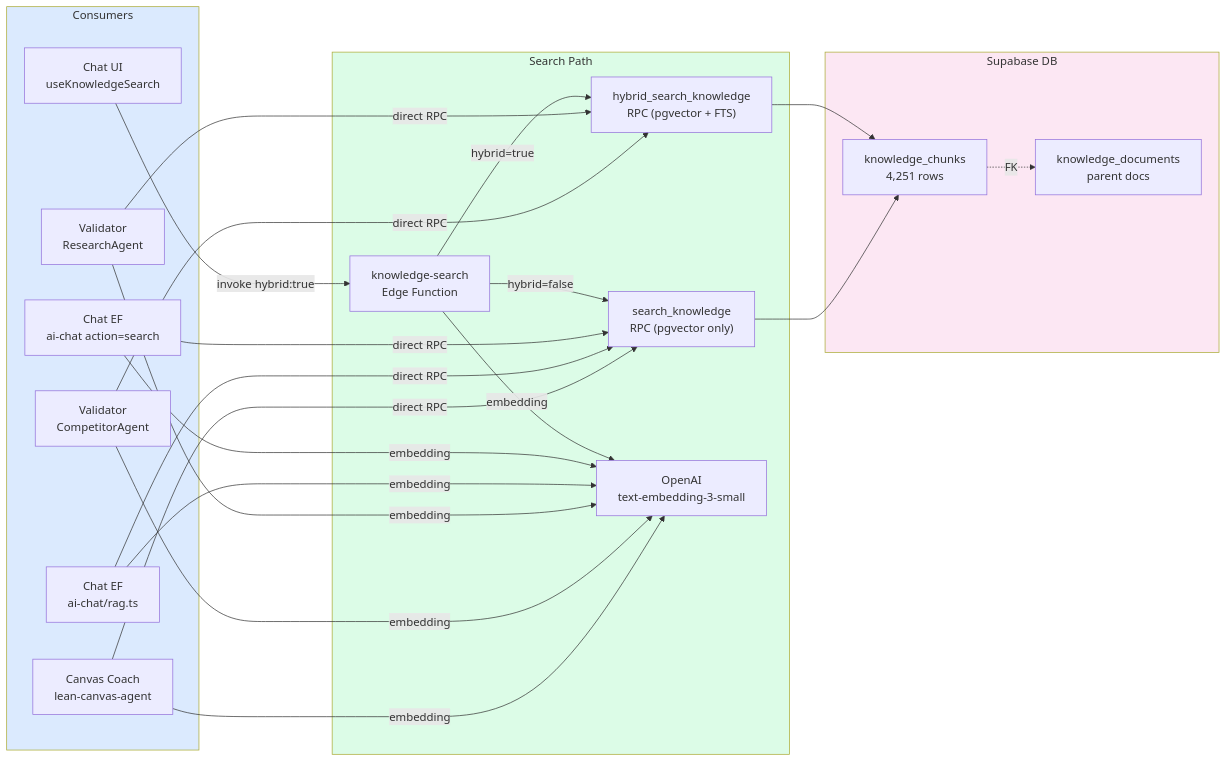
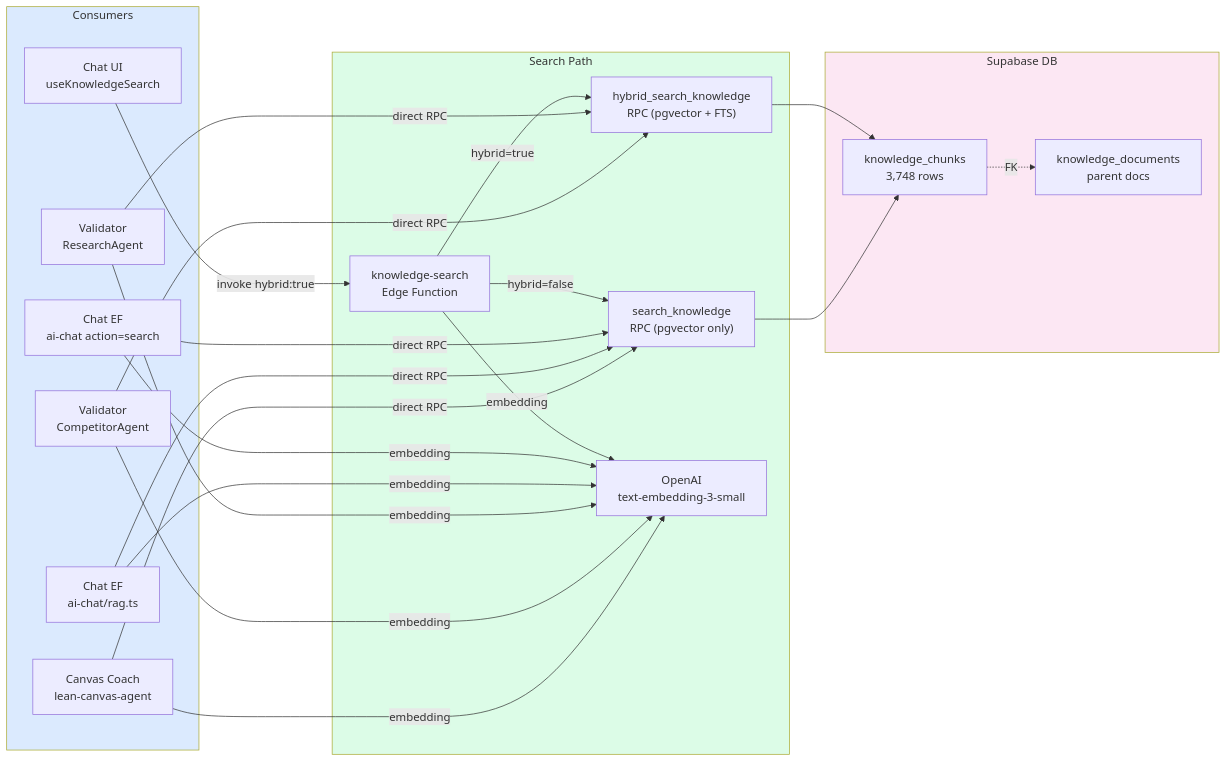
One commit to amo-tech-ai/rocket-path-ai changed the diagram in tasks/mermaid/02-diagrams/09-vector-storage-flow.md. Above: the diagram before and after it, drawn with Mermaid. The commit also changed other lines of this file and 498 other files, not shown here.

````diff
--- a/tasks/mermaid/02-diagrams/09-vector-storage-flow.md
+++ b/tasks/mermaid/02-diagrams/09-vector-storage-flow.md
@@ -6,54 +6,54 @@
 ```mermaid
 flowchart LR
     subgraph CONSUMERS["Consumers"]
         C1["Chat UI<br/>useKnowledgeSearch"]
         C2["Chat EF<br/>ai-chat action=search"]
         C3["Chat EF<br/>ai-chat/rag.ts"]
         C4["Validator<br/>ResearchAgent"]
         C5["Validator<br/>CompetitorAgent"]
         C6["Canvas Coach<br/>lean-canvas-agent"]
     end
 
     subgraph SEARCH_PATH["Search Path"]
         EF["knowledge-search<br/>Edge Function"]
         RPC_H["hybrid_search_knowledge<br/>RPC (pgvector + FTS)"]
         RPC_S["search_knowledge<br/>RPC (pgvector only)"]
         EMB["OpenAI<br/>text-embedding-3-small"]
     end
 
     subgraph DB["Supabase DB"]
-        KC["knowledge_chunks<br/>4,251 rows"]
+        KC["knowledge_chunks<br/>3,748 rows"]
         KD["knowledge_documents<br/>parent docs"]
     end
 
     %% Chat UI → EF → RPC
     C1 -->|"invoke hybrid:true"| EF
     EF -->|"embedding"| EMB
     EF -->|"hybrid=true"| RPC_H
     EF -->|"hybrid=false"| RPC_S
 
     %% Chat EF → direct RPC
     C2 -->|"direct RPC"| RPC_S
     C2 -->|"embedding"| EMB
     C3 -->|"direct RPC"| RPC_S
     C3 -->|"embedding"| EMB
 
     %% Validator → direct RPC (Option B fix)
     C4 -->|"direct RPC"| RPC_H
     C4 -->|"embedding"| EMB
     C5 -->|"direct RPC"| RPC_H
     C5 -->|"embedding"| EMB
 
     %% Canvas Coach
     C6 -->|"direct RPC"| RPC_S
     C6 -->|"embedding"| EMB
 
     %% RPC → DB
     RPC_H --> KC
     RPC_S --> KC
     KC -.->|"FK"| KD
 
     style CONSUMERS fill:#dbeafe
     style SEARCH_PATH fill:#dcfce7
     style DB fill:#fce7f3
 ```
````
